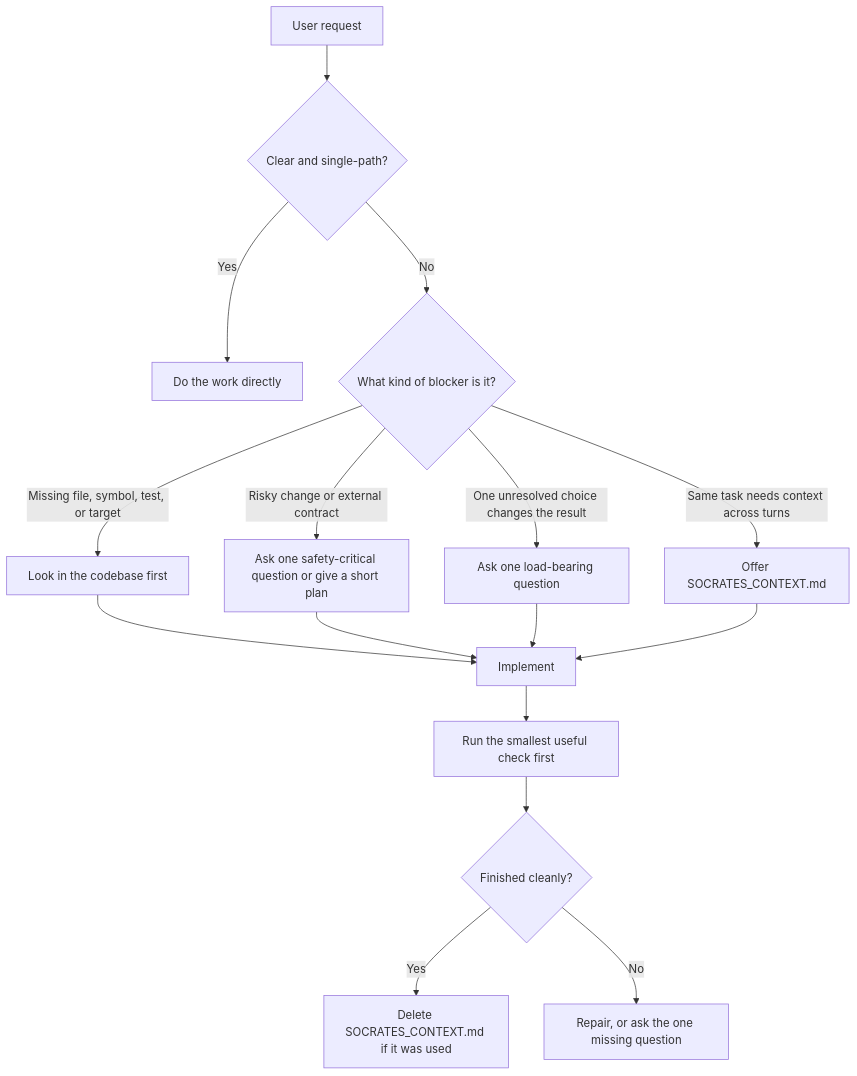
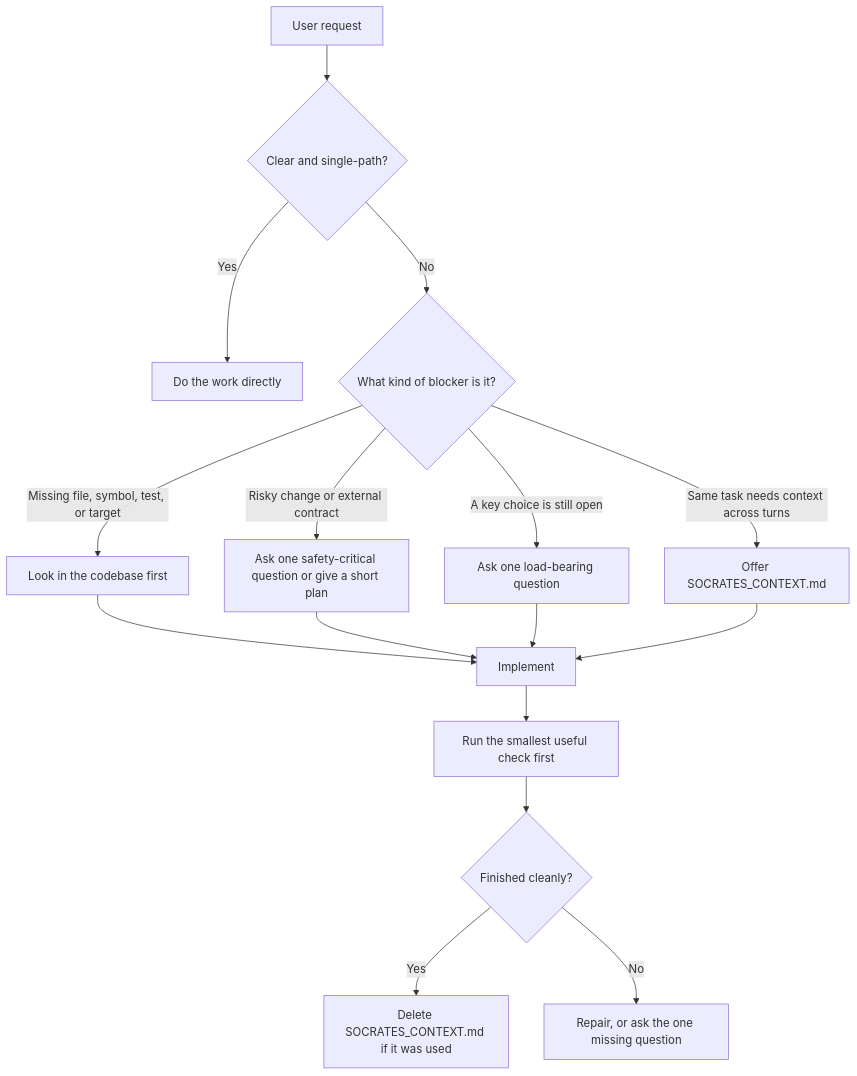
The diagram in README.md (jiyeongjun/socrates-protocol), drawn with Mermaid before and after one commit. The commit also changed 1 other file, not shown here.

Commit message:
Refine runtime flow wording

````diff
--- a/README.md
+++ b/README.md
@@ -39,21 +39,21 @@
 ```mermaid
 flowchart TD
     A["User request"] --> B{"Clear and single-path?"}
     B -- "Yes" --> C["Do the work directly"]
     B -- "No" --> D{"What kind of blocker is it?"}
 
     D -- "Missing file, symbol, test, or target" --> E["Look in the codebase first"]
     D -- "Risky change or external contract" --> F["Ask one safety-critical question or give a short plan"]
-    D -- "One unresolved choice changes the result" --> G["Ask one load-bearing question"]
+    D -- "A key choice is still open" --> G["Ask one load-bearing question"]
     D -- "Same task needs context across turns" --> H["Offer SOCRATES_CONTEXT.md"]
 
     E --> I["Implement"]
     F --> I
     G --> I
     H --> I
 
     I --> J["Run the smallest useful check first"]
     J --> K{"Finished cleanly?"}
     K -- "Yes" --> L["Delete SOCRATES_CONTEXT.md if it was used"]
     K -- "No" --> M["Repair, or ask the one missing question"]
 ```
````
